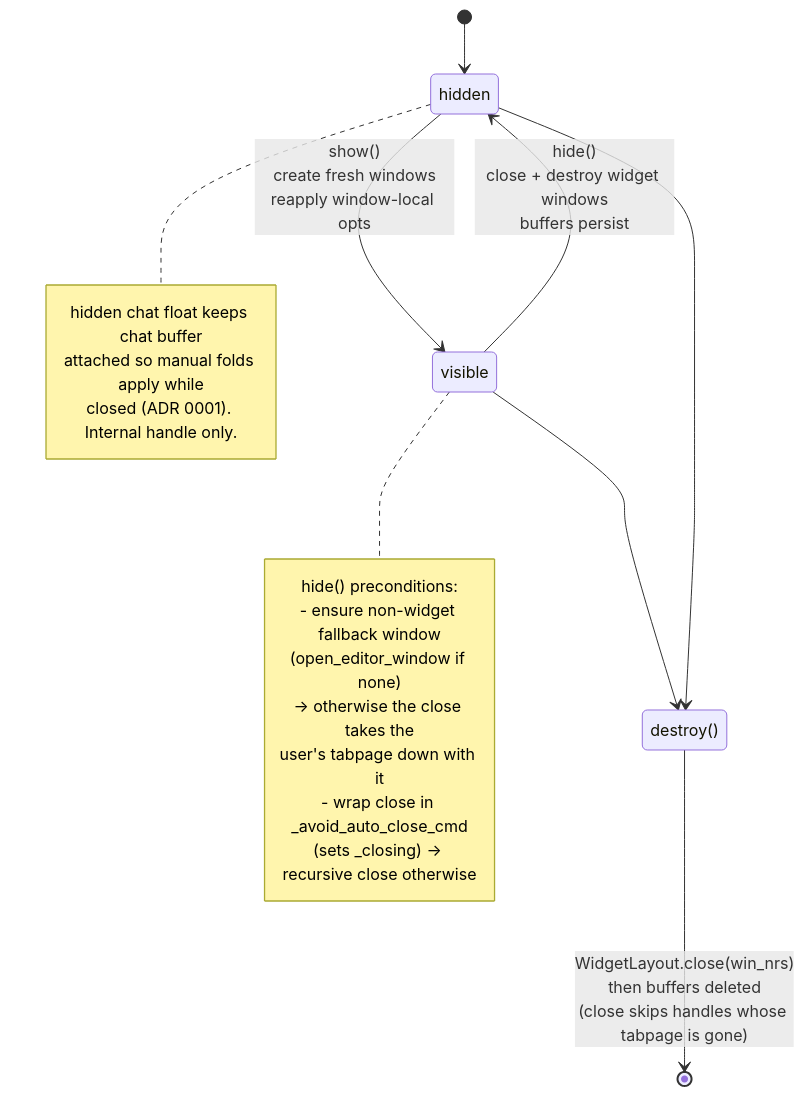
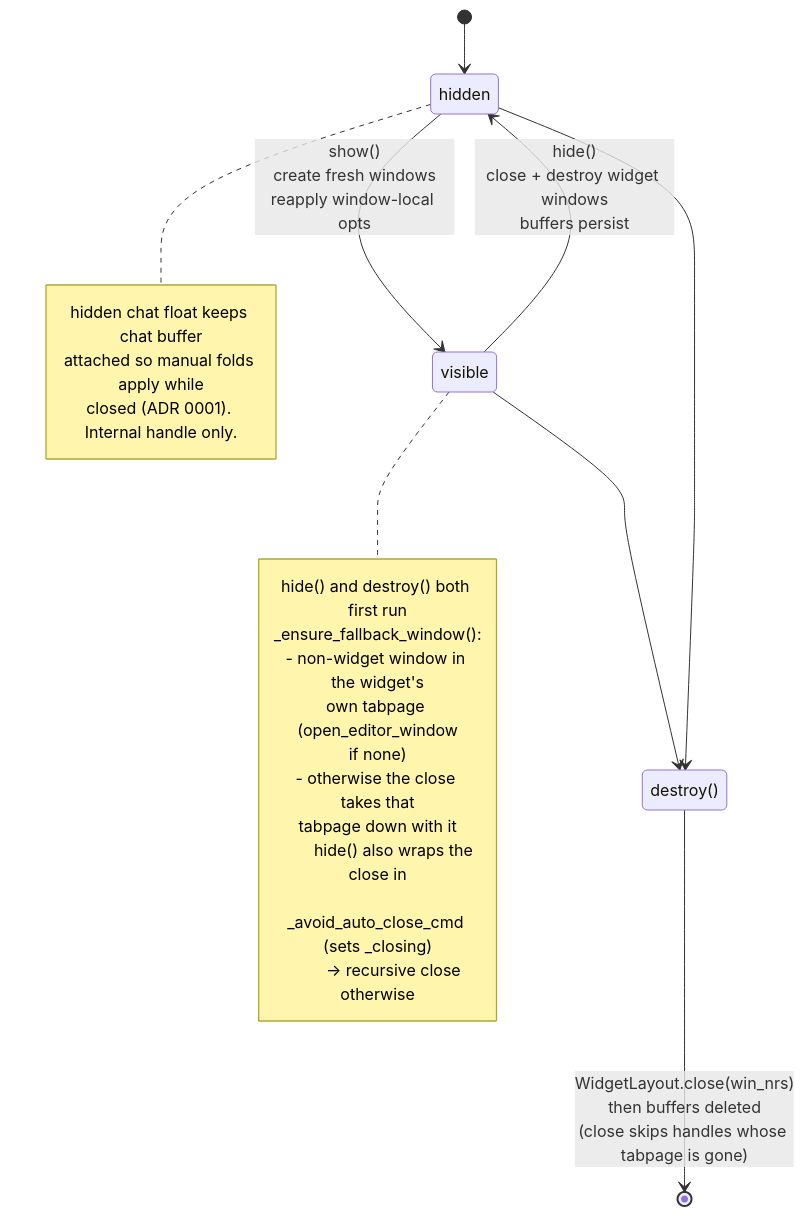
One commit to carlos-algms/agentic.nvim changed the diagram in lua/agentic/ui/AGENTS.md. Above: the diagram before and after it, drawn with Mermaid. The commit also changed other lines of this file and 2 other files, not shown here.

Commit message:
mermaid + docs

````diff
--- a/lua/agentic/ui/AGENTS.md
+++ b/lua/agentic/ui/AGENTS.md
@@ -43,27 +43,31 @@
 ```mermaid
 stateDiagram-v2
     [*] --> hidden
     hidden --> visible: show()<br/>create fresh windows<br/>reapply window-local opts
     visible --> hidden: hide()<br/>close + destroy widget windows<br/>buffers persist
 
     state "destroy()" as destroy
     visible --> destroy
     hidden --> destroy
 
     destroy --> [*]: WidgetLayout.close(win_nrs)<br/>then buffers deleted<br/>(close skips handles whose tabpage is gone)
 
     note right of visible
-        hide() preconditions:
-        - ensure non-widget fallback window
-          (open_editor_window if none)
-          -> otherwise the close takes the
-             user's tabpage down with it
-        - wrap close in _avoid_auto_close_cmd
-          (sets _closing) -> recursive close otherwise
+        hide() and destroy() both first run
+        _ensure_fallback_window():
+        - non-widget window in the widget's
+          own tabpage (open_editor_window
+          if none)
+        - otherwise the close takes that
+          tabpage down with it
+
+        hide() also wraps the close in
+        _avoid_auto_close_cmd (sets _closing)
+        -> recursive close otherwise
     end note
     note right of hidden
         hidden chat float keeps chat buffer
         attached so manual folds apply while
         closed (ADR 0001). Internal handle only.
     end note
 ```
````
